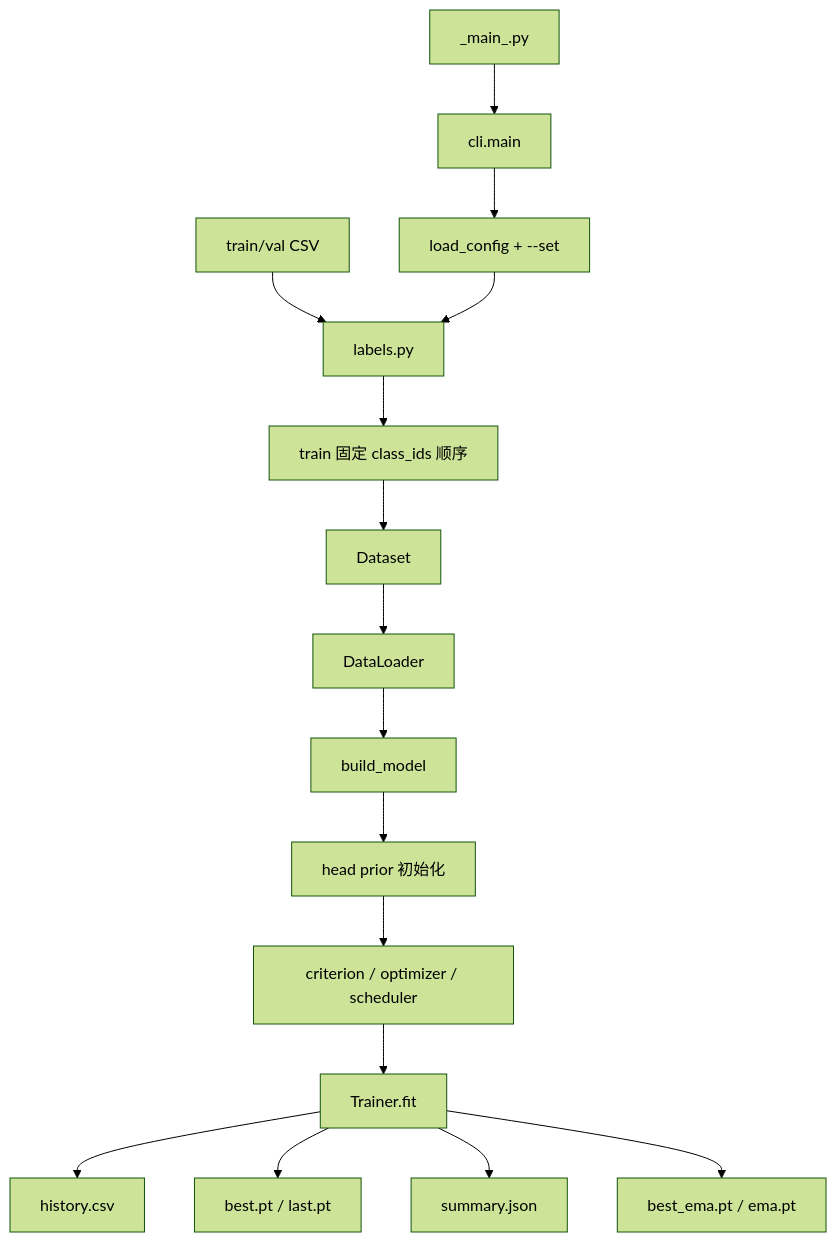
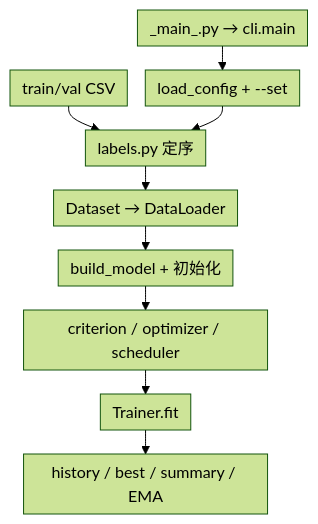
One commit to cixiy1/Yuki-blog changed the sixth of 9 diagrams in src/content/posts/chest-smart-diagnosis.md. Above: the diagram before and after it, drawn with Mermaid (forest theme). The commit also changed other lines of this file, not shown here.

First line of the commit message:
fix(posts): 架构图在深色模式下字太小发灰

````diff
--- a/src/content/posts/chest-smart-diagnosis.md
+++ b/src/content/posts/chest-smart-diagnosis.md
@@ -249,18 +242,12 @@
 ```mermaid
+%%{init: {"flowchart": {"nodeSpacing": 18, "rankSpacing": 24, "padding": 6, "wrappingWidth": 220}}}%%
 flowchart TD
-  A["_main_.py"] --> B["cli.main"]
-  B --> C["load_config + --set"]
-  D["train/val CSV"] --> E["labels.py"]
-  C --> E
-  E --> F["train 固定 class_ids 顺序"]
-  F --> G["Dataset"]
-  G --> H["DataLoader"]
-  H --> I["build_model"]
-  I --> J["head prior 初始化"]
-  J --> K["criterion / optimizer / scheduler"]
-  K --> L["Trainer.fit"]
-  L --> M["history.csv"]
-  L --> N["best.pt / last.pt"]
-  L --> O["summary.json"]
-  L --> P["best_ema.pt / ema.pt"]
+  A["_main_.py → cli.main"] --> B["load_config + --set"]
+  C["train/val CSV"] --> D["labels.py 定序"]
+  B --> D
+  D --> E["Dataset → DataLoader"]
+  E --> F["build_model + 初始化"]
+  F --> G["criterion / optimizer / scheduler"]
+  G --> H["Trainer.fit"]
+  H --> I["history / best / summary / EMA"]
 ```
````
